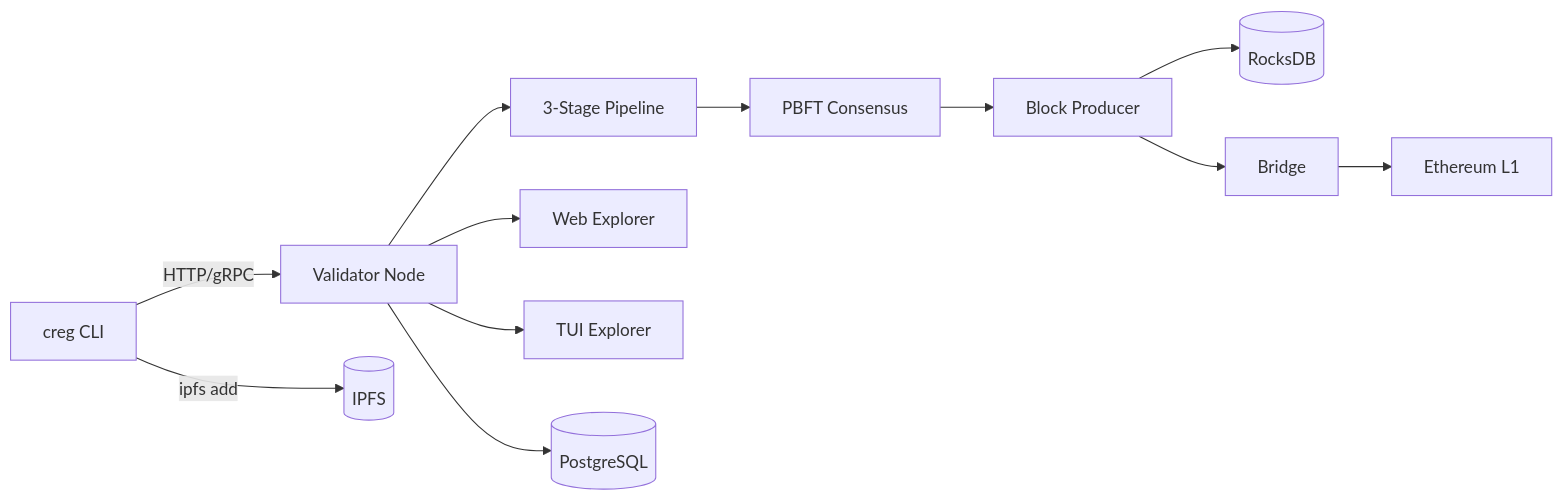
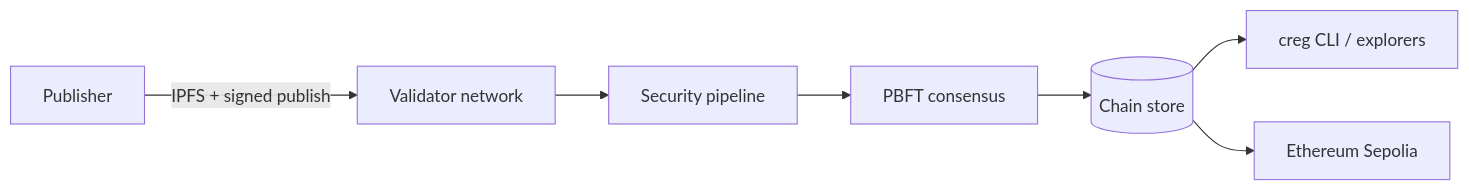
Before and after one commit to samuel-1-avson/chain-registry-blockchain-CREG-: the diagram in README.md, drawn with Mermaid. The commit also changed other lines of this file and 65 other files, not shown here.

````diff
--- a/README.md
+++ b/README.md
@@ -71,14 +23,9 @@
 ```mermaid
-graph LR
-    CLI[creg CLI] -->|HTTP/gRPC| NODE[Validator Node]
-    CLI -->|ipfs add| IPFS[(IPFS)]
-    NODE --> PIPE[3-Stage Pipeline]
-    PIPE --> PBFT[PBFT Consensus]
-    PBFT --> BP[Block Producer]
-    BP --> ROCKS[(RocksDB)]
-    BP --> BR[Bridge]
-    BR --> L1[Ethereum L1]
-    NODE --> WEB[Web Explorer]
-    NODE --> TUI[TUI Explorer]
-    NODE --> PG[(PostgreSQL)]
+flowchart LR
+    Publisher[Publisher] -->|IPFS + signed publish| Node[Validator network]
+    Node --> Pipeline[Security pipeline]
+    Pipeline --> PBFT[PBFT consensus]
+    PBFT --> Chain[(Chain store)]
+    Chain --> CLI[creg CLI / explorers]
+    Chain --> L1[Ethereum Sepolia]
 ```
````
